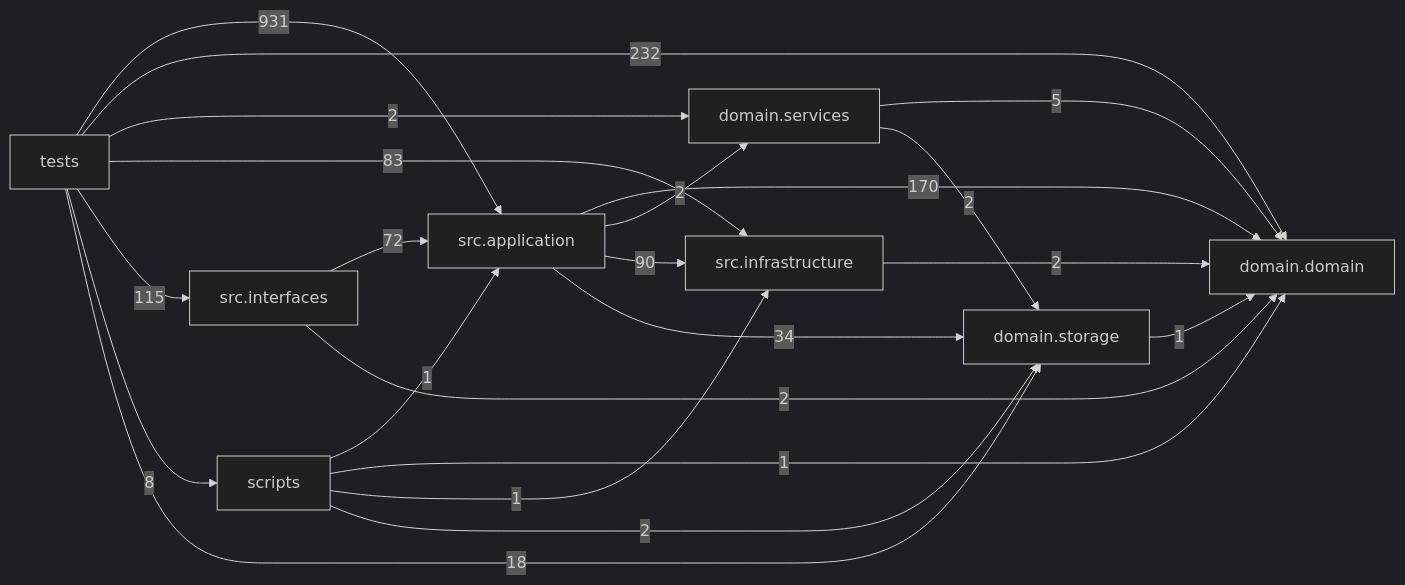
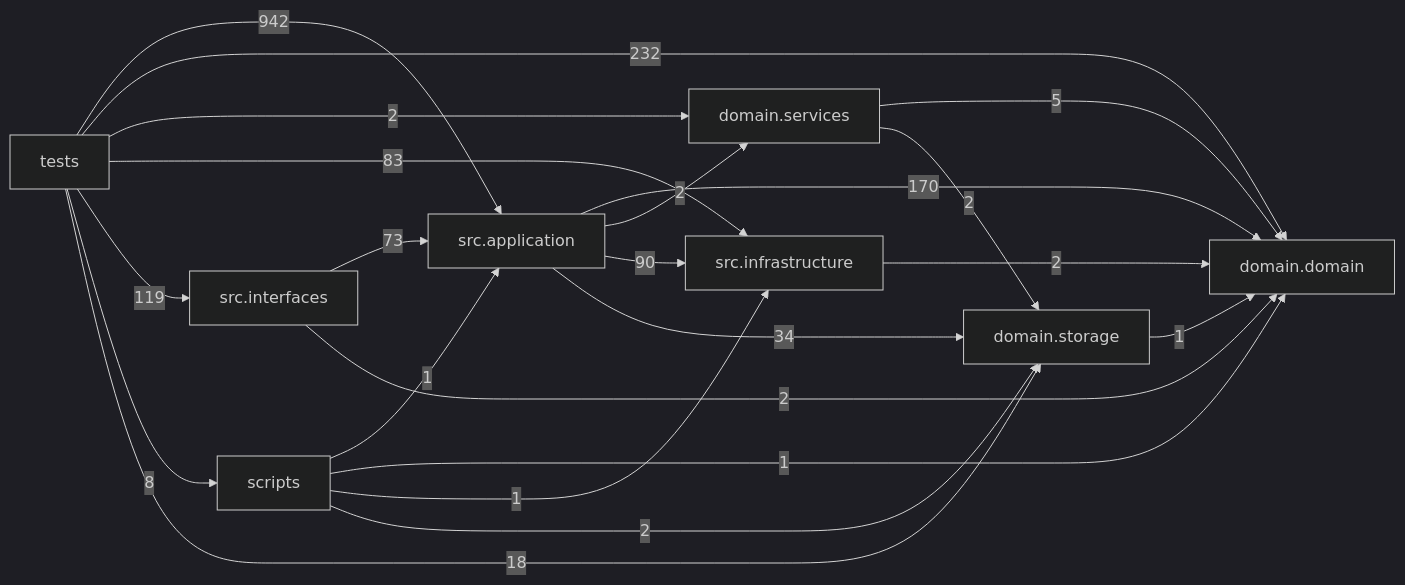
The diagram in docs/DEPENDENCY_GRAPH.md (liuxie066/options-monitor), drawn with Mermaid (dark theme) before and after one commit. The commit also changed other lines of this file and 29 other files, not shown here.

````diff
--- a/docs/DEPENDENCY_GRAPH.md
+++ b/docs/DEPENDENCY_GRAPH.md
@@ -24,32 +24,32 @@
 ```mermaid
 flowchart LR
   tests["tests"]
   scripts["scripts"]
   interfaces["src.interfaces"]
   application["src.application"]
   infrastructure["src.infrastructure"]
   domain_services["domain.services"]
   domain["domain.domain"]
   storage["domain.storage"]
   application -->|170| domain
   application -->|2| domain_services
   application -->|90| infrastructure
   application -->|34| storage
   domain_services -->|5| domain
   domain_services -->|2| storage
   infrastructure -->|2| domain
-  interfaces -->|72| application
+  interfaces -->|73| application
   interfaces -->|2| domain
   scripts -->|1| application
   scripts -->|1| domain
   scripts -->|1| infrastructure
   scripts -->|2| storage
   storage -->|1| domain
-  tests -->|931| application
+  tests -->|942| application
   tests -->|232| domain
   tests -->|2| domain_services
   tests -->|83| infrastructure
-  tests -->|115| interfaces
+  tests -->|119| interfaces
   tests -->|8| scripts
   tests -->|18| storage
 ```
````
